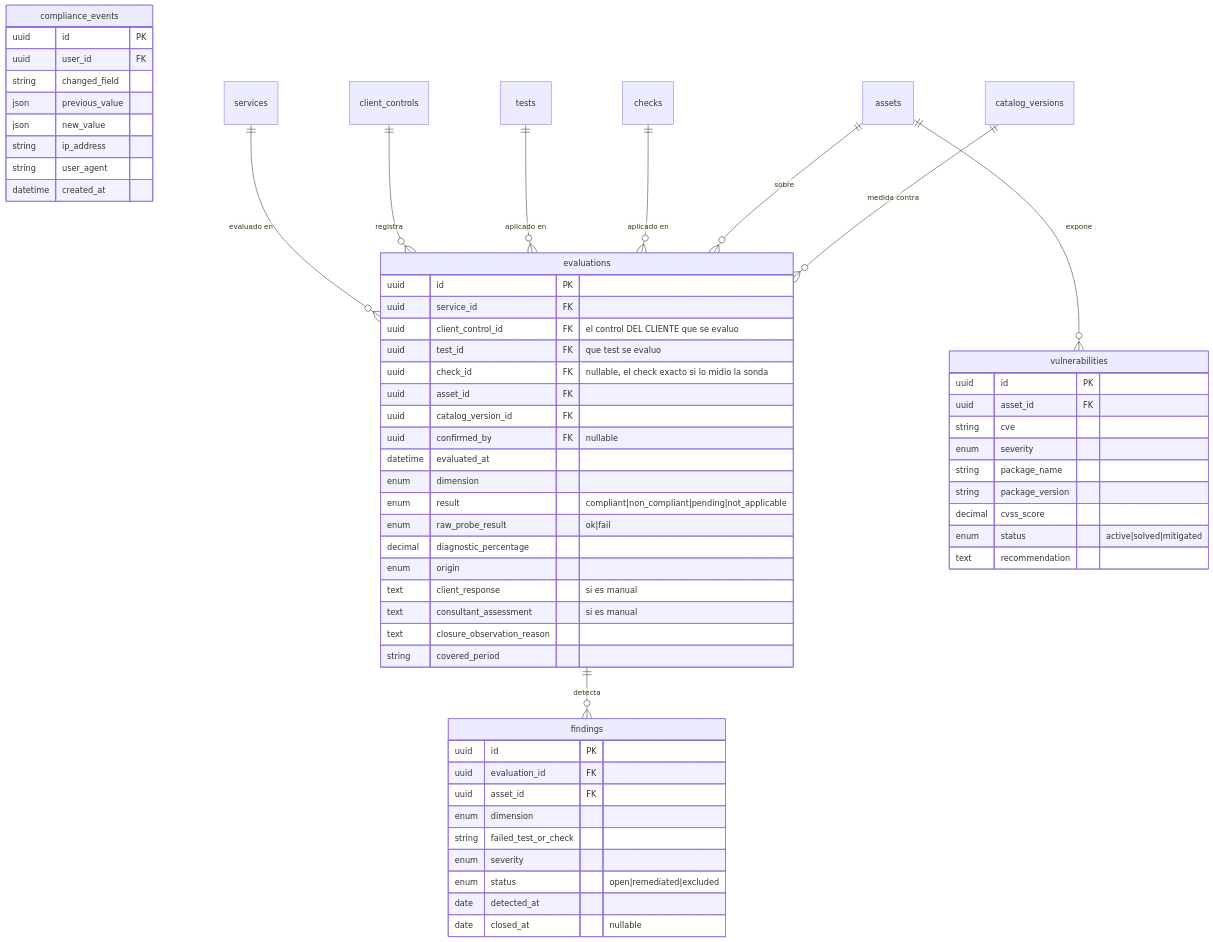
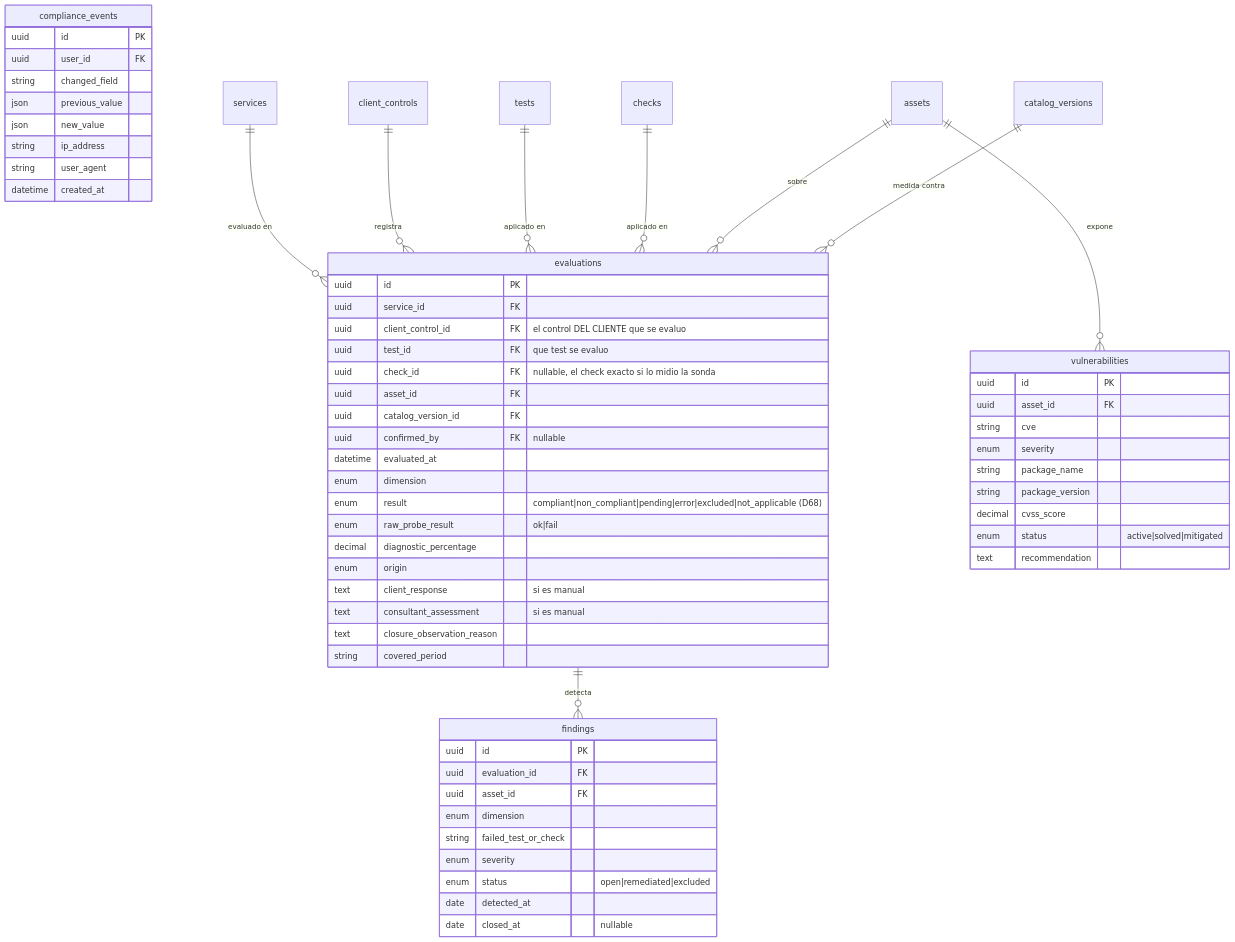
The fourth of 5 diagrams in skills/product/monkey-compliance-council/references/datos/modelo/07-cumplimiento.md (Monkey-GRC/Monkey-Brain-IA), drawn with Mermaid before and after one commit. The commit also changed other lines of this file and 23 other files, not shown here.

````diff
--- a/skills/product/monkey-compliance-council/references/datos/modelo/07-cumplimiento.md
+++ b/skills/product/monkey-compliance-council/references/datos/modelo/07-cumplimiento.md
@@ -266,63 +286,63 @@
 ```mermaid
 erDiagram
     evaluations {
         uuid id PK
         uuid service_id FK
         uuid client_control_id FK "el control DEL CLIENTE que se evaluo"
         uuid test_id FK "que test se evaluo"
         uuid check_id FK "nullable, el check exacto si lo midio la sonda"
         uuid asset_id FK
         uuid catalog_version_id FK
         uuid confirmed_by FK "nullable"
         datetime evaluated_at
         enum dimension
-        enum result "compliant|non_compliant|pending|not_applicable"
+        enum result "compliant|non_compliant|pending|error|excluded|not_applicable (D68)"
         enum raw_probe_result "ok|fail"
         decimal diagnostic_percentage
         enum origin
         text client_response "si es manual"
         text consultant_assessment "si es manual"
         text closure_observation_reason
         string covered_period
     }
     findings {
         uuid id PK
         uuid evaluation_id FK
         uuid asset_id FK
         enum dimension
         string failed_test_or_check
         enum severity
         enum status "open|remediated|excluded"
         date detected_at
         date closed_at "nullable"
     }
     compliance_events {
         uuid id PK
         uuid user_id FK
         string changed_field
         json previous_value
         json new_value
         string ip_address
         string user_agent
         datetime created_at
     }
     vulnerabilities {
         uuid id PK
         uuid asset_id FK
         string cve
         enum severity
         string package_name
         string package_version
         decimal cvss_score
         enum status "active|solved|mitigated"
         text recommendation
     }
     services ||--o{ evaluations : "evaluado en"
     client_controls ||--o{ evaluations : "registra"
     tests ||--o{ evaluations : "aplicado en"
     checks ||--o{ evaluations : "aplicado en"
     assets ||--o{ evaluations : "sobre"
     catalog_versions ||--o{ evaluations : "medida contra"
     evaluations ||--o{ findings : "detecta"
     assets ||--o{ vulnerabilities : "expone"
 ```
````
